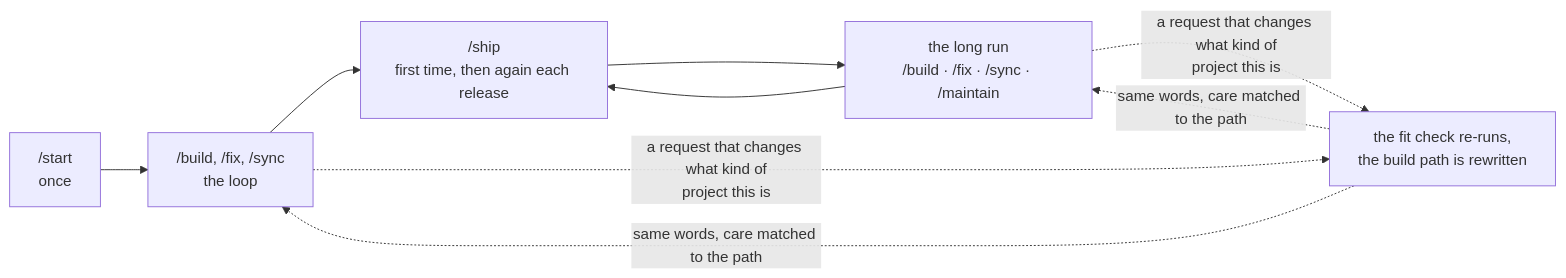
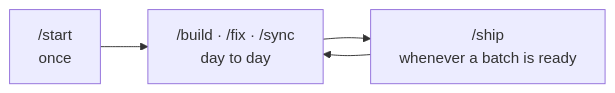
One commit to gwpicard/ai-build-kit changed the diagram in README.md. Above: the diagram before and after it, drawn with Mermaid. The commit also changed other lines of this file and 73 other files, not shown here.

````diff
--- a/README.md
+++ b/README.md
@@ -81,12 +81,6 @@
 ```mermaid
 flowchart LR
-  S["/start<br/>once"] --> L["/build, /fix, /sync<br/>the loop"]
-  L --> P["/ship<br/>first time, then again each release"]
-  P --> R["the long run<br/>/build · /fix · /sync · /maintain"]
-  R --> P
-  F["the fit check re-runs,<br/>the build path is rewritten"]
-  L -. a request that changes what kind of<br/>project this is .-> F
-  R -. a request that changes what kind of<br/>project this is .-> F
-  F -. same words, care matched to the path .-> L
-  F -. same words, care matched to the path .-> R
+  S["/start<br/>once"] --> L["/build · /fix · /sync<br/>day to day"]
+  L --> P["/ship<br/>whenever a batch is ready"]
+  P --> L
 ```
````
